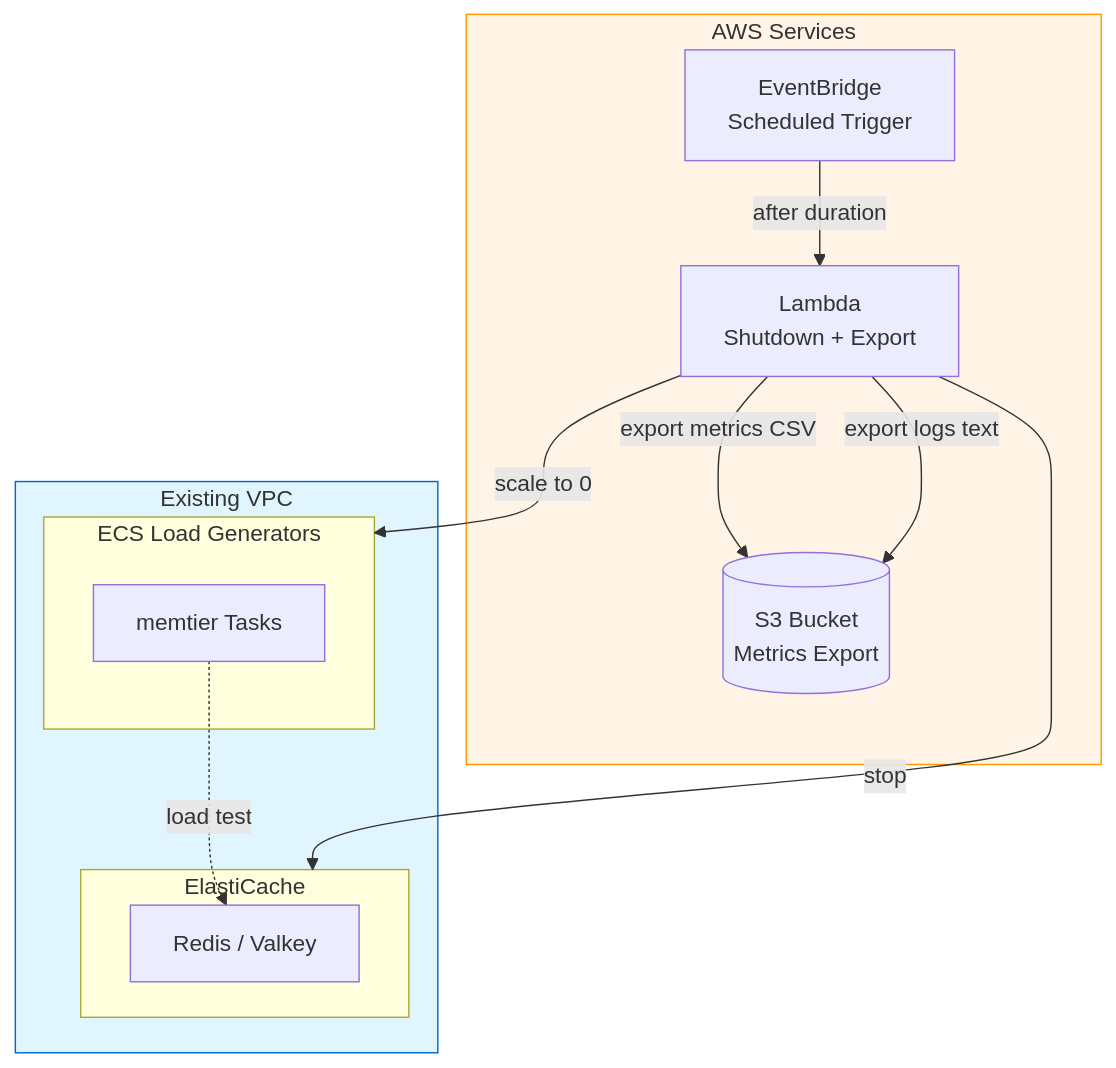
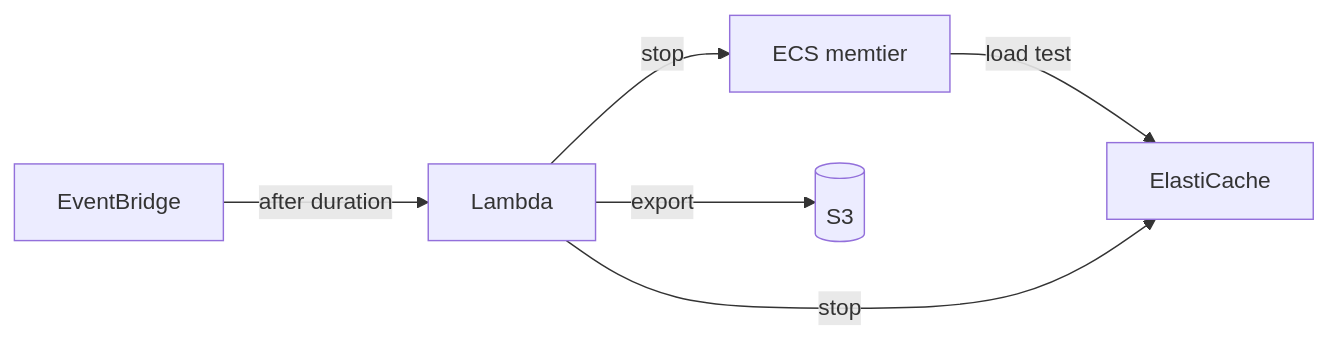
Before and after one commit to the-smallest-coder/tests-aws-elasticache-redis: the diagram in README.md, drawn with Mermaid. The commit also changed other lines of this file and 1 other file, not shown here.

````diff
--- a/README.md
+++ b/README.md
@@ -52,29 +51,8 @@
 ```mermaid
-graph TB
-    subgraph VPC["Existing VPC"]
-        subgraph Cache["ElastiCache"]
-            Node1["Redis / Valkey"]
-        end
-        
-        subgraph ECS["ECS Load Generators"]
-            Client1[memtier Tasks]
-        end
-        
-        Client1 -.->|load test| Node1
-    end
-    
-    subgraph AWS["AWS Services"]
-        EventBridge[EventBridge<br/>Scheduled Trigger]
-        Lambda[Lambda<br/>Shutdown + Export]
-        S3[(S3 Bucket<br/>Metrics Export)]
-    end
-    
-    EventBridge -->|after duration| Lambda
-    Lambda -->|export metrics CSV| S3
-    Lambda -->|export logs text| S3
-    Lambda -->|scale to 0| ECS
-    Lambda -->|stop| Cache
-
-    style VPC fill:#e1f5ff,stroke:#0066cc
-    style AWS fill:#fff4e6,stroke:#ff9800
+graph LR
+    ECS[ECS memtier] -->|load test| EC[ElastiCache]
+    EB[EventBridge] -->|after duration| Lambda
+    Lambda -->|export| S3[(S3)]
+    Lambda -->|stop| ECS
+    Lambda -->|stop| EC
 ```
````
